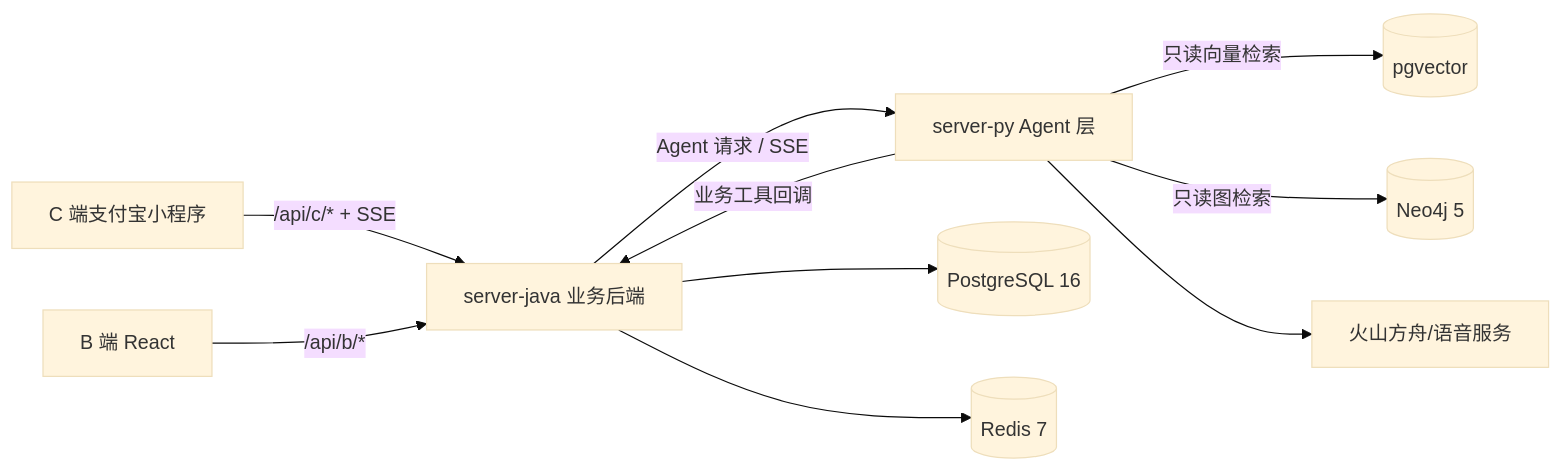
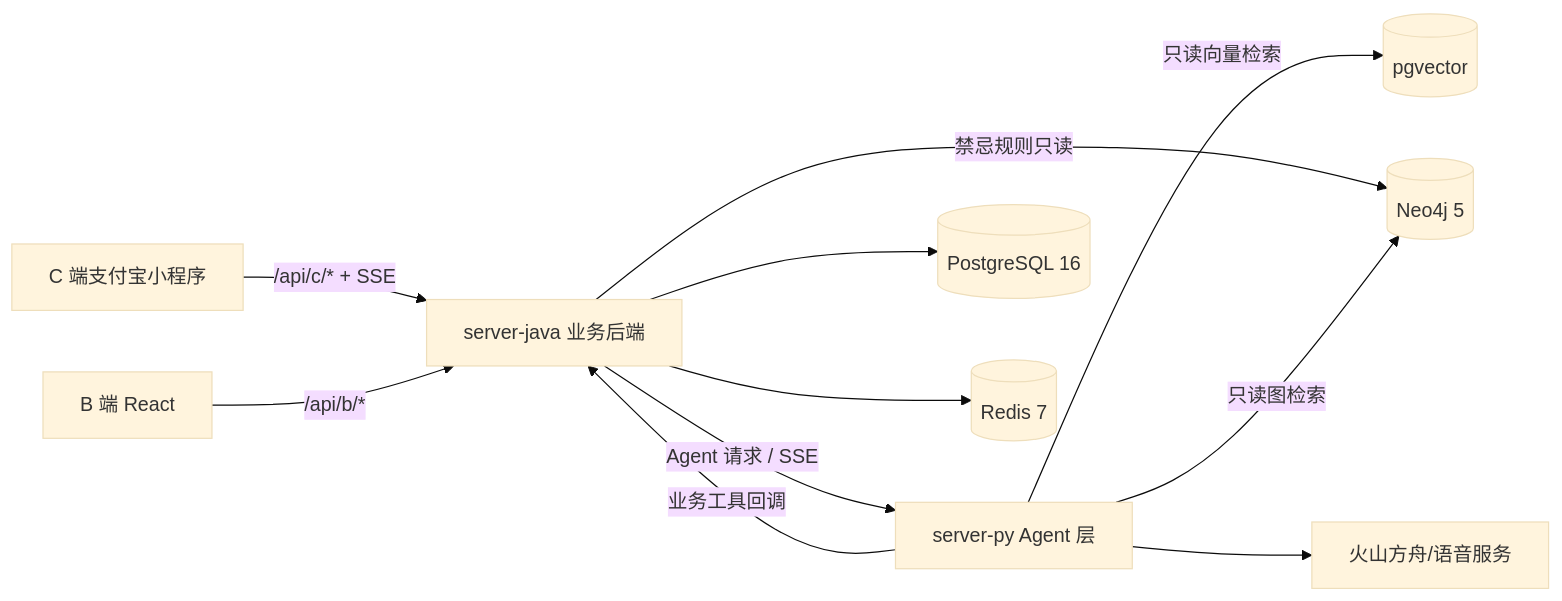
The first of 3 diagrams in docs/to-human/server-java-server-py-system-analysis-design.md (ILoveFurina/zhiyu-health), drawn with Mermaid (base theme) before and after one commit. The commit also changed other lines of this file and 2 other files, not shown here.

````diff
--- a/docs/to-human/server-java-server-py-system-analysis-design.md
+++ b/docs/to-human/server-java-server-py-system-analysis-design.md
@@ -21,12 +21,13 @@
 ```mermaid
 flowchart LR
   C["C 端支付宝小程序"] -->|"/api/c/* + SSE"| J["server-java 业务后端"]
   B["B 端 React"] -->|"/api/b/*"| J
   J -->|"Agent 请求 / SSE"| P["server-py Agent 层"]
   P -->|"业务工具回调"| J
   J --> PG[("PostgreSQL 16")]
   J --> R[("Redis 7")]
+  J -->|"禁忌规则只读"| N[("Neo4j 5")]
   P -->|"只读向量检索"| V[("pgvector")]
-  P -->|"只读图检索"| N[("Neo4j 5")]
+  P -->|"只读图检索"| N
   P --> L["火山方舟/语音服务"]
 ```
````
